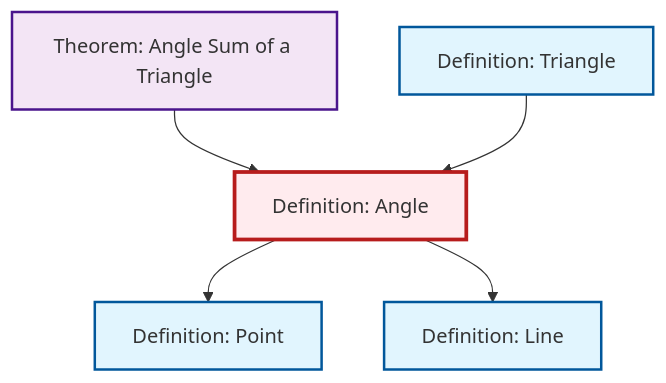
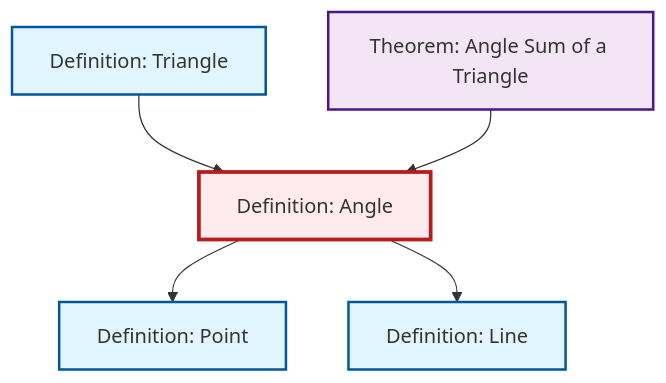
Before and after one commit to RK0429/ModernMath: the diagram in content/ja/geometry/def-angle.qmd, drawn with Mermaid. The commit also changed other lines of this file and 530 other files, not shown here.

````diff
--- a/content/ja/geometry/def-angle.qmd
+++ b/content/ja/geometry/def-angle.qmd
@@ -50,23 +50,23 @@
 ```{mermaid}
 %%| fig-cap: "Local dependency graph"
 graph TD
     classDef definition fill:#e1f5fe,stroke:#01579b,stroke-width:2px
     classDef theorem fill:#f3e5f5,stroke:#4a148c,stroke-width:2px
     classDef axiom fill:#fff3e0,stroke:#e65100,stroke-width:2px
     classDef example fill:#e8f5e9,stroke:#1b5e20,stroke-width:2px
     classDef current fill:#ffebee,stroke:#b71c1c,stroke-width:3px
+    thm-angle-sum-triangle["Theorem: Angle Sum of a Triangle"]:::theorem
+    def-point["Definition: Point"]:::definition
+    def-triangle["Definition: Triangle"]:::definition
     def-line["Definition: Line"]:::definition
     def-angle["Definition: Angle"]:::definition
-    thm-angle-sum-triangle["Theorem: Angle Sum of a Triangle"]:::theorem
-    def-triangle["Definition: Triangle"]:::definition
-    def-point["Definition: Point"]:::definition
+    def-angle --> def-point
+    def-triangle --> def-angle
     thm-angle-sum-triangle --> def-angle
-    def-triangle --> def-angle
-    def-angle --> def-point
     def-angle --> def-line
     class def-angle current
+    click thm-angle-sum-triangle "thm-angle-sum-triangle.html" "Theorem: Angle Sum of a Triangleへ"
+    click def-point "def-point.html" "Definition: Pointへ"
+    click def-triangle "def-triangle.html" "Definition: Triangleへ"
     click def-line "def-line.html" "Definition: Lineへ"
-    click thm-angle-sum-triangle "thm-angle-sum-triangle.html" "Theorem: Angle Sum of a Triangleへ"
-    click def-triangle "def-triangle.html" "Definition: Triangleへ"
-    click def-point "def-point.html" "Definition: Pointへ"
 ```
````
